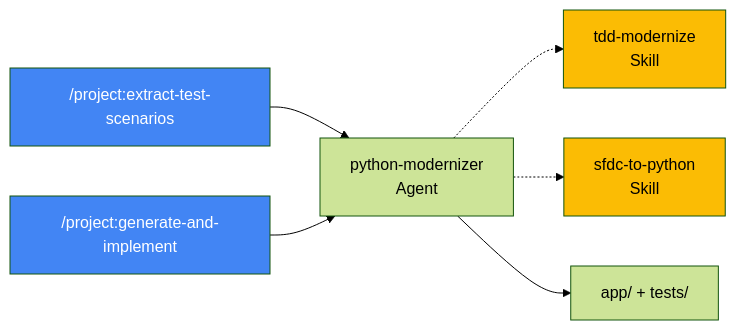
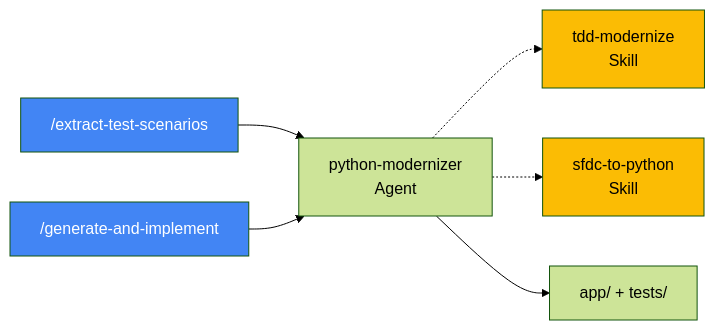
The fourth of 5 diagrams in workshop-real/examples/HANDSON.md (tyorikan/migration-with-ai), drawn with Mermaid (forest theme) before and after one commit. The commit also changed other lines of this file and 5 other files, not shown here.

````diff
--- a/workshop-real/examples/HANDSON.md
+++ b/workshop-real/examples/HANDSON.md
@@ -345,13 +345,13 @@
 ```mermaid
 flowchart LR
-    CMD1["/project:extract-test-scenarios"] --> AGT["python-modernizer<br/>Agent"]
-    CMD2["/project:generate-and-implement"] --> AGT
+    CMD1["/extract-test-scenarios"] --> AGT["python-modernizer<br/>Agent"]
+    CMD2["/generate-and-implement"] --> AGT
     AGT -.-> SKL1["tdd-modernize<br/>Skill"]
     AGT -.-> SKL2["sfdc-to-python<br/>Skill"]
     AGT --> OUT["app/ + tests/"]
 
     style CMD1 fill:#4285F4,color:#fff
     style CMD2 fill:#4285F4,color:#fff
     style SKL1 fill:#FBBC04,color:#000
     style SKL2 fill:#FBBC04,color:#000
 ```
````
